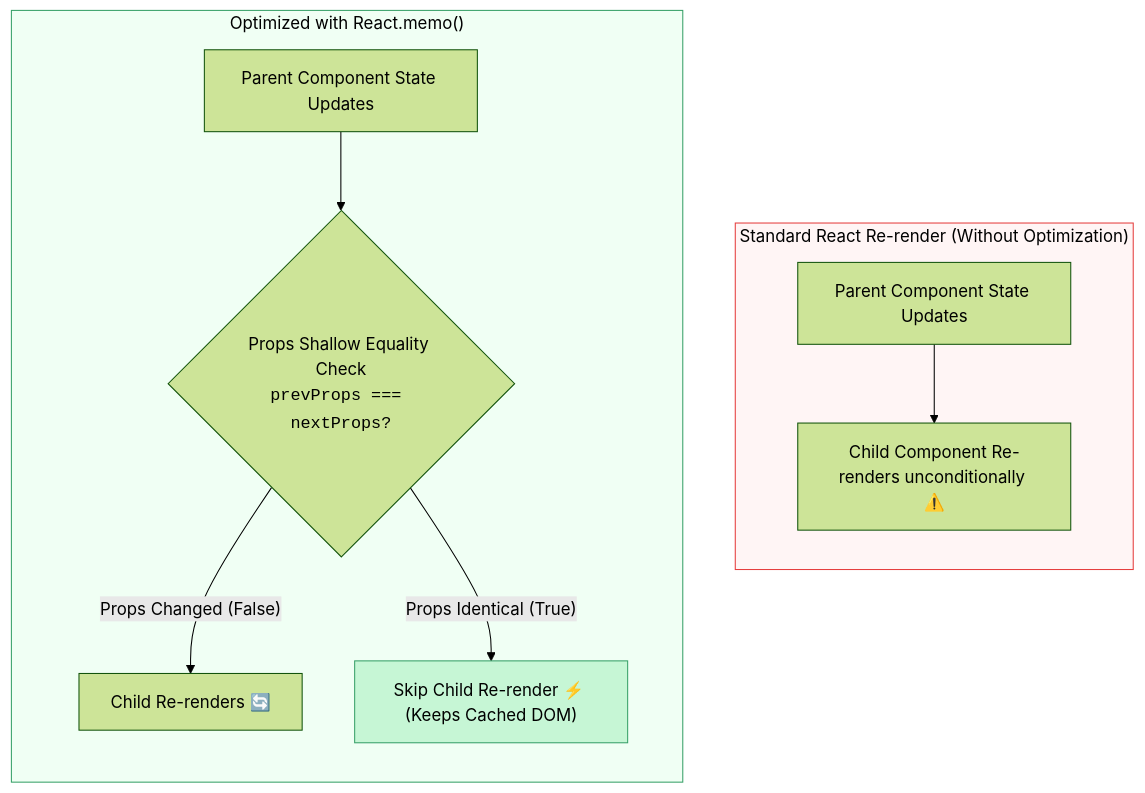
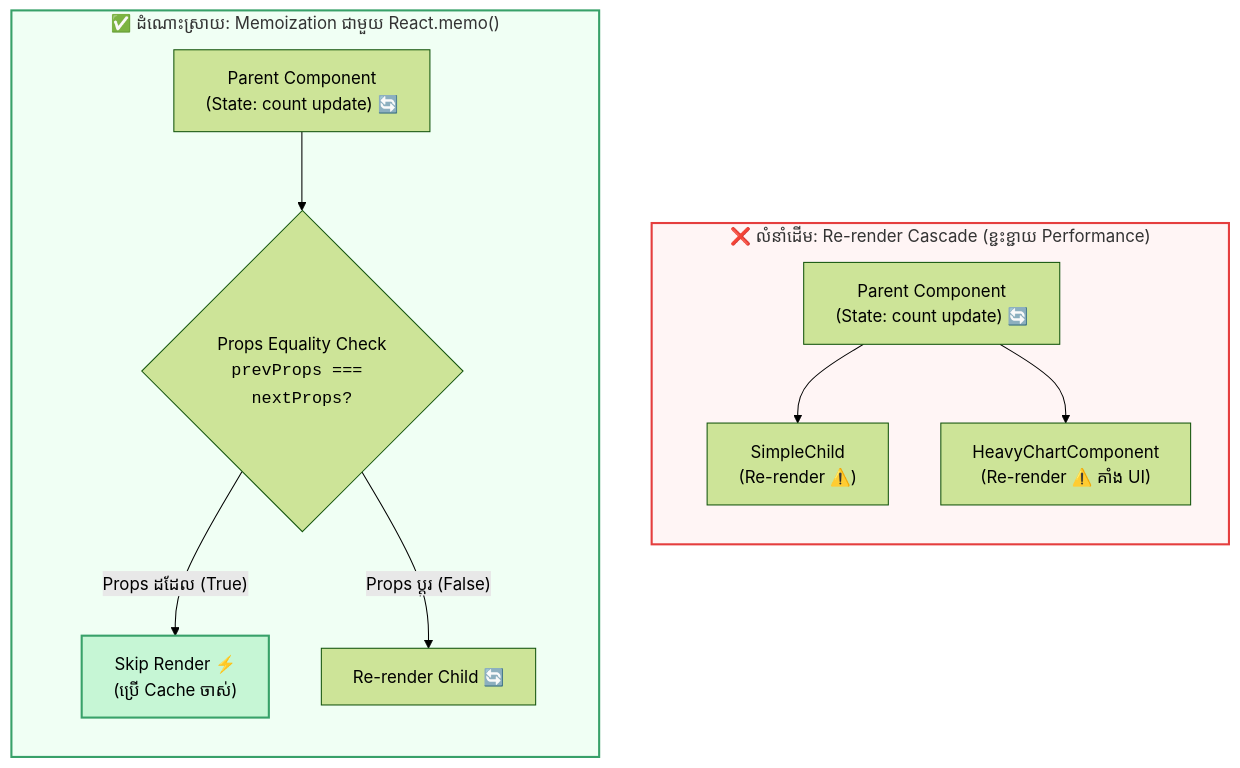
The diagram in src/courses/react/module-8-performance-patterns/01-performance-optimization.mdx (Ari-ICU/full-stack-short-coures), drawn with Mermaid (forest theme) before and after one commit. The commit also changed other lines of this file and 3 other files, not shown here.

Commit message:
docs: update content for React performance patterns course module

````diff
--- a/src/courses/react/module-8-performance-patterns/01-performance-optimization.mdx
+++ b/src/courses/react/module-8-performance-patterns/01-performance-optimization.mdx
@@ -23,18 +48,19 @@
 ```mermaid
 flowchart TD
-    subgraph StandardRender["Standard React Re-render (Without Optimization)"]
+    subgraph StandardRender["❌ លំនាំដើម: Re-render Cascade (ខ្ជះខ្ជាយ Performance)"]
         direction TB
-        P1["Parent Component State Updates"] --> C1["Child Component Re-renders unconditionally ⚠️"]
+        P1["Parent Component<br/>(State: count update) 🔄"] --> C1["SimpleChild<br/>(Re-render ⚠️)"]
+        P1 --> C2["HeavyChartComponent<br/>(Re-render ⚠️ គាំង UI)"]
     end
 
-    subgraph MemoizedRender["Optimized with React.memo()"]
+    subgraph MemoizedRender["✅ ដំណោះស្រាយ: Memoization ជាមួយ React.memo()"]
         direction TB
-        P2["Parent Component State Updates"] --> Check{"Props Shallow Equality Check<br><code>prevProps === nextProps?</code>"}
-        Check -->|"Props Changed (False)"| C2["Child Re-renders 🔄"]
-        Check -->|"Props Identical (True)"| Skip["Skip Child Re-render ⚡ (Keeps Cached DOM)"]
+        P2["Parent Component<br/>(State: count update) 🔄"] --> Check{"Props Equality Check<br/><code>prevProps === nextProps?</code>"}
+        Check -->|"Props ដដែល (True)"| Skip["Skip Render ⚡<br/>(ប្រើ Cache ចាស់)"]
+        Check -->|"Props ប្តូរ (False)"| RenderChild["Re-render Child 🔄"]
     end
 
-    style StandardRender fill:#fff5f5,stroke:#e53e3e,color:#000
-    style MemoizedRender fill:#f0fff4,stroke:#38a169,color:#000
-    style Skip fill:#c6f6d5,stroke:#38a169,color:#000
+    style StandardRender fill:#fff5f5,stroke:#e53e3e,stroke-width:2px
+    style MemoizedRender fill:#f0fff4,stroke:#38a169,stroke-width:2px
+    style Skip fill:#c6f6d5,stroke:#38a169,stroke-width:2px
 ```
````
